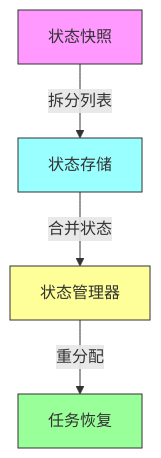
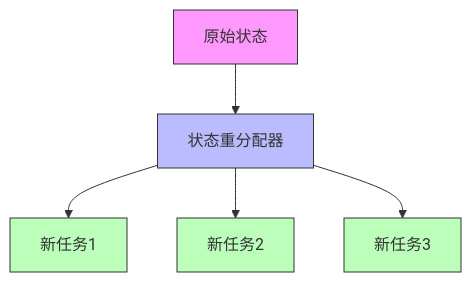
The fourth of 6 diagrams in flip-8.md (gnuhpc/flip-series), drawn with Mermaid before and after one commit. The commit also changed other lines of this file and 5 other files, not shown here.

````diff
--- a/flip-8.md
+++ b/flip-8.md
@@ -123,11 +109,13 @@
 ```mermaid
 graph TD
-    A[状态快照] -->|拆分列表| B[状态存储]
-    B -->|合并状态| C[状态管理器]
-    C -->|重分配| D[任务恢复]
+    A[原始状态] --> B[状态重分配器]
+    B --> C1[新任务1]
+    B --> C2[新任务2]
+    B --> C3[新任务3]
     
-    style A fill:#f9f,stroke:#333
-    style B fill:#9ff,stroke:#333
-    style C fill:#ff9,stroke:#333
-    style D fill:#9f9,stroke:#333
+style A fill:#f9f,stroke:#333
+style B fill:#bbf,stroke:#333
+style C1 fill:#bfb,stroke:#333
+style C2 fill:#bfb,stroke:#333
+style C3 fill:#bfb,stroke:#333
 ```
````
